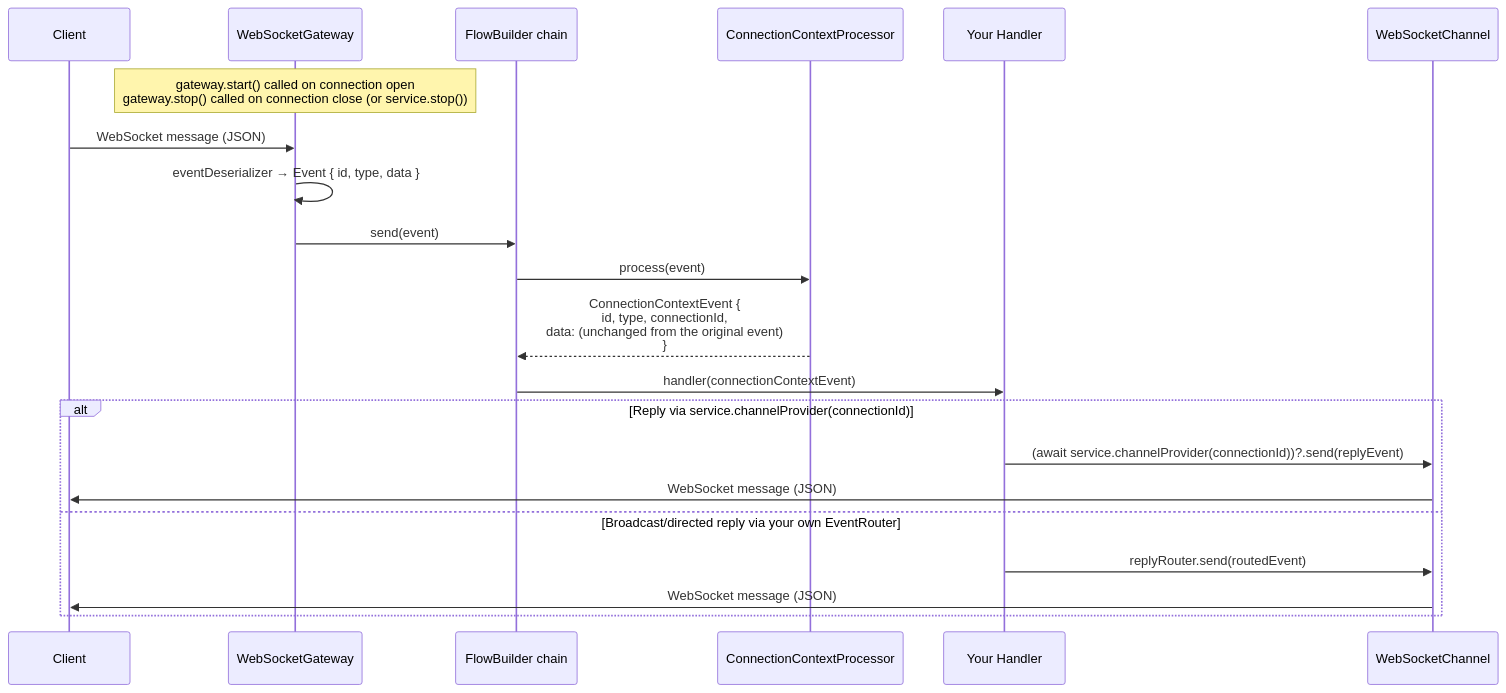
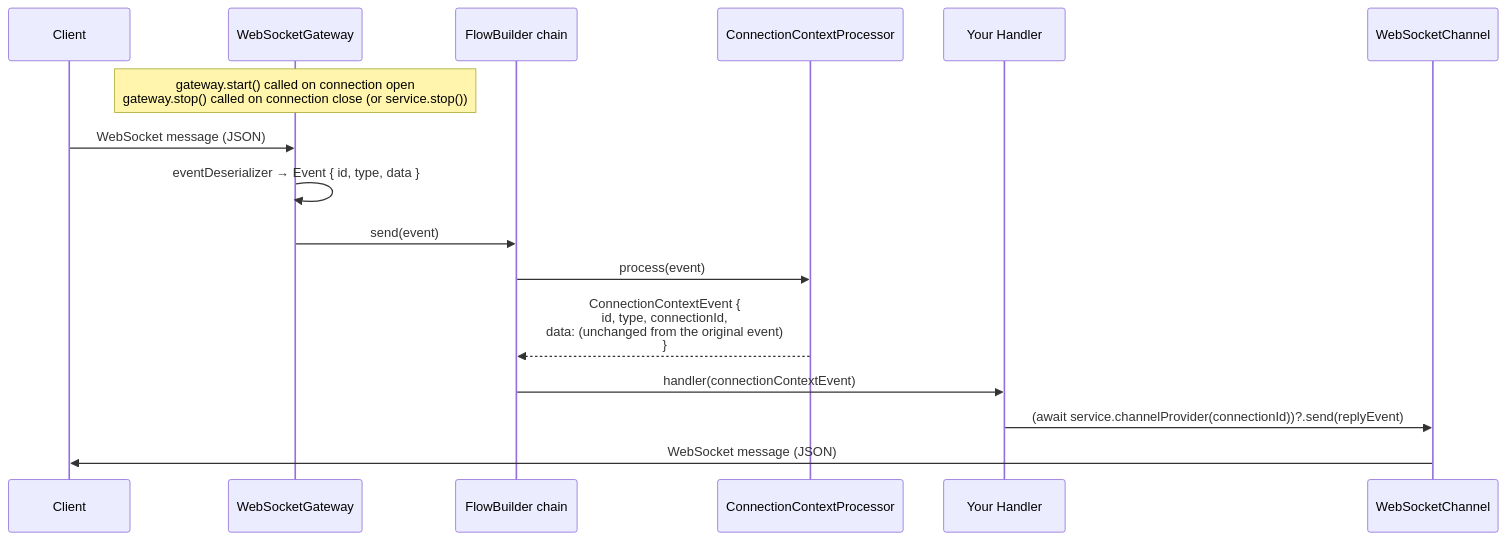
One commit to sektek/synaptik-express changed the third of 4 diagrams in docs/web-socket.md. Above: the diagram before and after it, drawn with Mermaid. The commit also changed other lines of this file and 7 other files, not shown here.

First line of the commit message:
refactor: remove ConnectionChannelRoutesProvider from this PR

````diff
--- a/docs/web-socket.md
+++ b/docs/web-socket.md
@@ -164,28 +164,23 @@
 ```mermaid
 sequenceDiagram
     participant Client
     participant Gateway as WebSocketGateway
     participant Flow as FlowBuilder chain
     participant Processor as ConnectionContextProcessor
     participant Handler as Your Handler
     participant Channel as WebSocketChannel
 
     Note over Gateway: gateway.start() called on connection open<br/>gateway.stop() called on connection close (or service.stop())
 
     Client->>Gateway: WebSocket message (JSON)
     Gateway->>Gateway: eventDeserializer → Event { id, type, data }
     Gateway->>Flow: send(event)
 
     Flow->>Processor: process(event)
     Processor-->>Flow: ConnectionContextEvent {<br/>  id, type, connectionId,<br/>  data: (unchanged from the original event)<br/>}
 
     Flow->>Handler: handler(connectionContextEvent)
 
-    alt Reply via service.channelProvider(connectionId)
-        Handler->>Channel: (await service.channelProvider(connectionId))?.send(replyEvent)
-        Channel->>Client: WebSocket message (JSON)
-    else Broadcast/directed reply via your own EventRouter
-        Handler->>Channel: replyRouter.send(routedEvent)
-        Channel->>Client: WebSocket message (JSON)
-    end
+    Handler->>Channel: (await service.channelProvider(connectionId))?.send(replyEvent)
+    Channel->>Client: WebSocket message (JSON)
 ```
````
